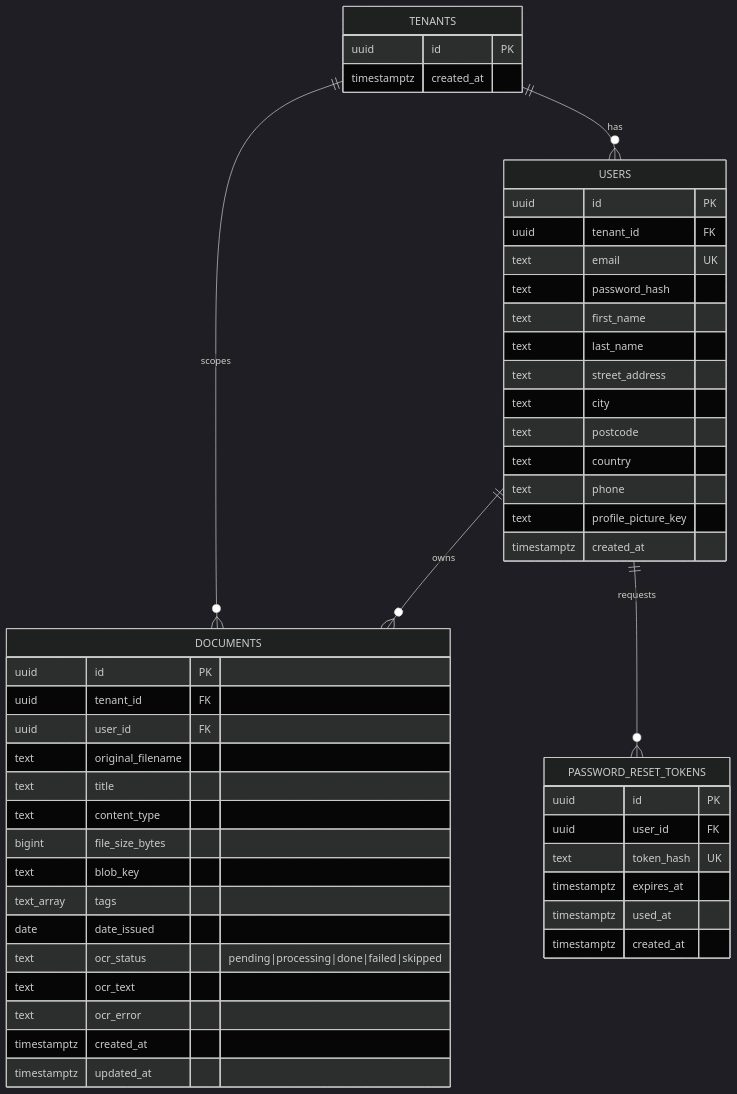
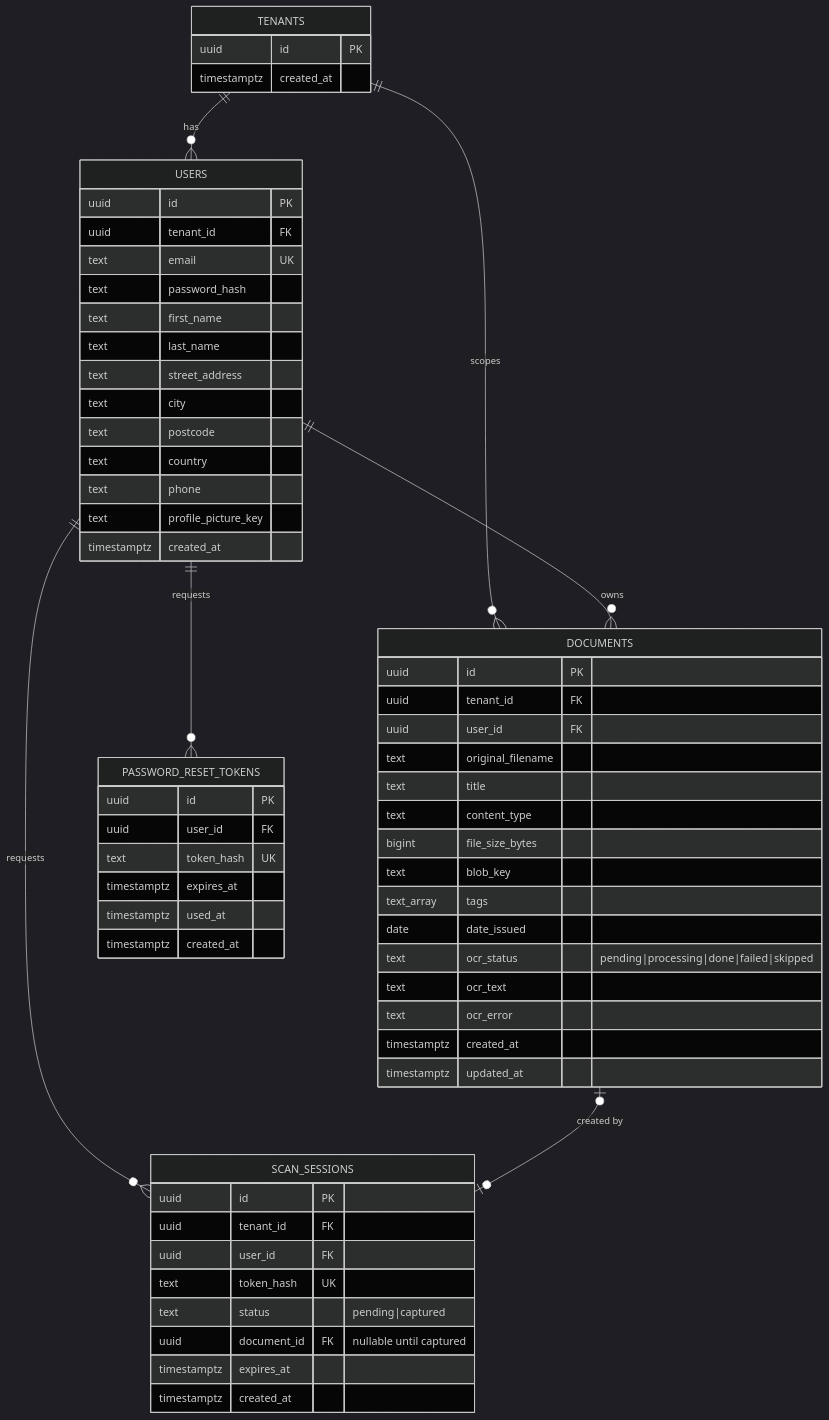
Before and after one commit to yaremam/docuflow: the third of 3 diagrams in docs/ARCHITECTURE.md, drawn with Mermaid (dark theme). The commit also changed other lines of this file and 33 other files, not shown here.

````diff
--- a/docs/ARCHITECTURE.md
+++ b/docs/ARCHITECTURE.md
@@ -115,52 +131,64 @@
 ```mermaid
 erDiagram
     TENANTS ||--o{ USERS : "has"
     TENANTS ||--o{ DOCUMENTS : "scopes"
     USERS ||--o{ DOCUMENTS : "owns"
     USERS ||--o{ PASSWORD_RESET_TOKENS : "requests"
+    USERS ||--o{ SCAN_SESSIONS : "requests"
+    DOCUMENTS |o--o| SCAN_SESSIONS : "created by"
 
     TENANTS {
         uuid id PK
         timestamptz created_at
     }
     USERS {
         uuid id PK
         uuid tenant_id FK
         text email UK
         text password_hash
         text first_name
         text last_name
         text street_address
         text city
         text postcode
         text country
         text phone
         text profile_picture_key
         timestamptz created_at
     }
     PASSWORD_RESET_TOKENS {
         uuid id PK
         uuid user_id FK
         text token_hash UK
         timestamptz expires_at
         timestamptz used_at
         timestamptz created_at
     }
     DOCUMENTS {
         uuid id PK
         uuid tenant_id FK
         uuid user_id FK
         text original_filename
         text title
         text content_type
         bigint file_size_bytes
         text blob_key
         text_array tags
         date date_issued
         text ocr_status "pending|processing|done|failed|skipped"
         text ocr_text
         text ocr_error
         timestamptz created_at
         timestamptz updated_at
     }
+    SCAN_SESSIONS {
+        uuid id PK
+        uuid tenant_id FK
+        uuid user_id FK
+        text token_hash UK
+        text status "pending|captured"
+        uuid document_id FK "nullable until captured"
+        timestamptz expires_at
+        timestamptz created_at
+    }
 ```
````
